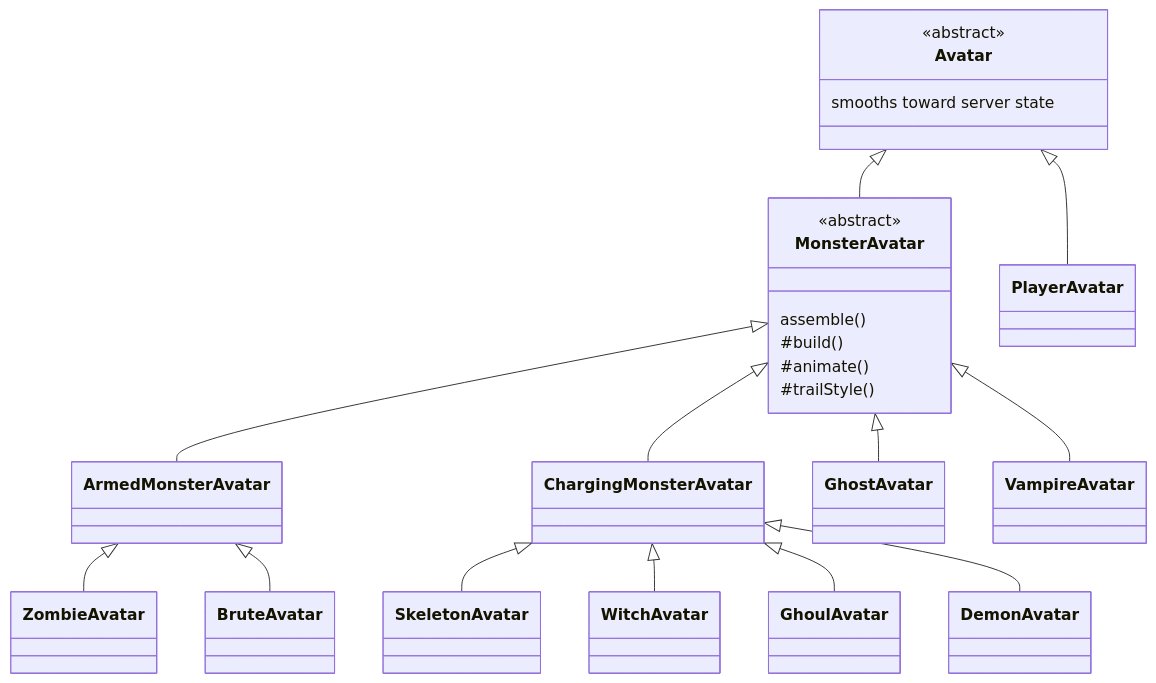
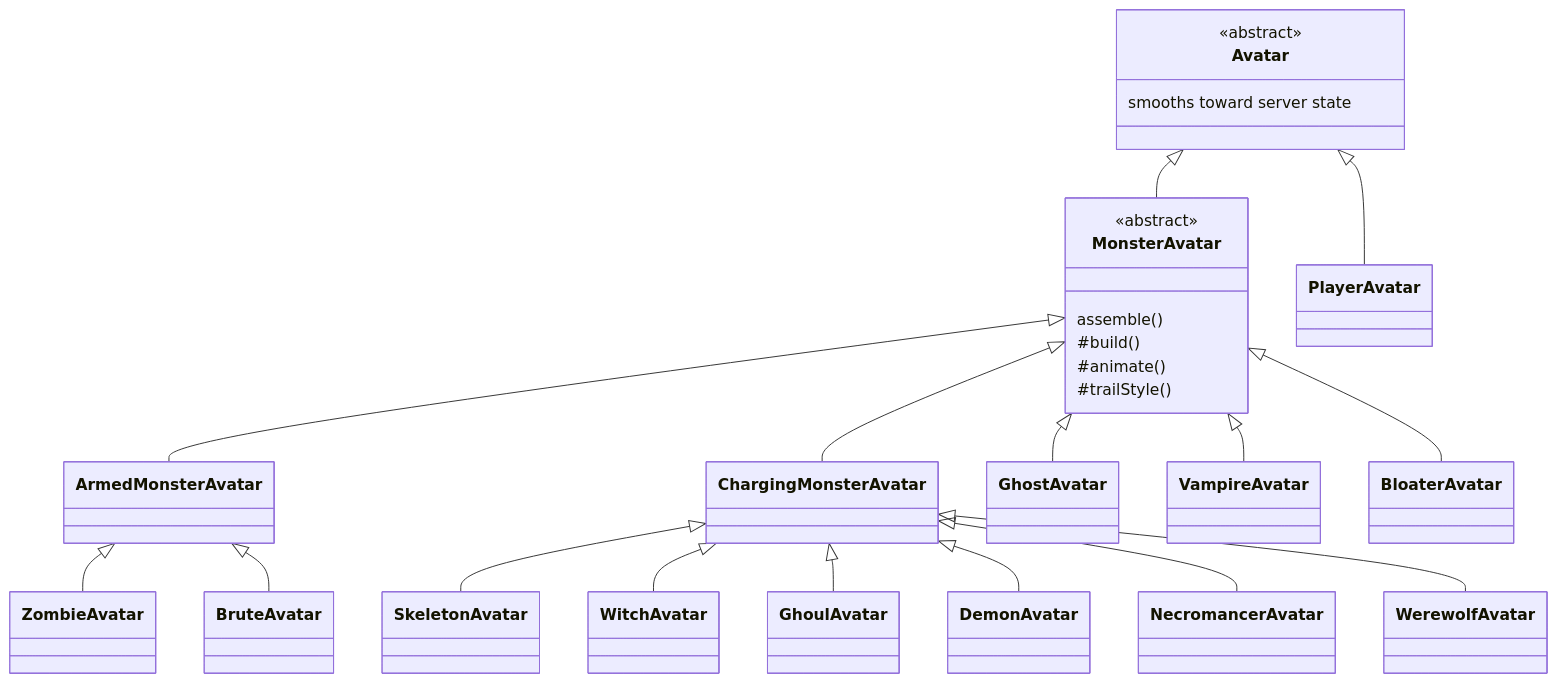
One commit to andyruwruw/grave-robbers changed the second of 7 diagrams in docs/class-hierarchies-client.md. Above: the diagram before and after it, drawn with Mermaid. The commit also changed other lines of this file and 772 other files, not shown here.

````diff
--- a/docs/class-hierarchies-client.md
+++ b/docs/class-hierarchies-client.md
@@ -59,26 +67,29 @@
 ```mermaid
 classDiagram
   class Avatar {
     <<abstract>>
     smooths toward server state
   }
   class MonsterAvatar {
     <<abstract>>
     assemble()
     #build()
     #animate()
     #trailStyle()
   }
   Avatar <|-- PlayerAvatar
   Avatar <|-- MonsterAvatar
   MonsterAvatar <|-- ArmedMonsterAvatar
   MonsterAvatar <|-- ChargingMonsterAvatar
   MonsterAvatar <|-- GhostAvatar
   MonsterAvatar <|-- VampireAvatar
+  MonsterAvatar <|-- BloaterAvatar
   ArmedMonsterAvatar <|-- ZombieAvatar
   ArmedMonsterAvatar <|-- BruteAvatar
   ChargingMonsterAvatar <|-- SkeletonAvatar
   ChargingMonsterAvatar <|-- WitchAvatar
   ChargingMonsterAvatar <|-- GhoulAvatar
   ChargingMonsterAvatar <|-- DemonAvatar
+  ChargingMonsterAvatar <|-- NecromancerAvatar
+  ChargingMonsterAvatar <|-- WerewolfAvatar
 ```
````
